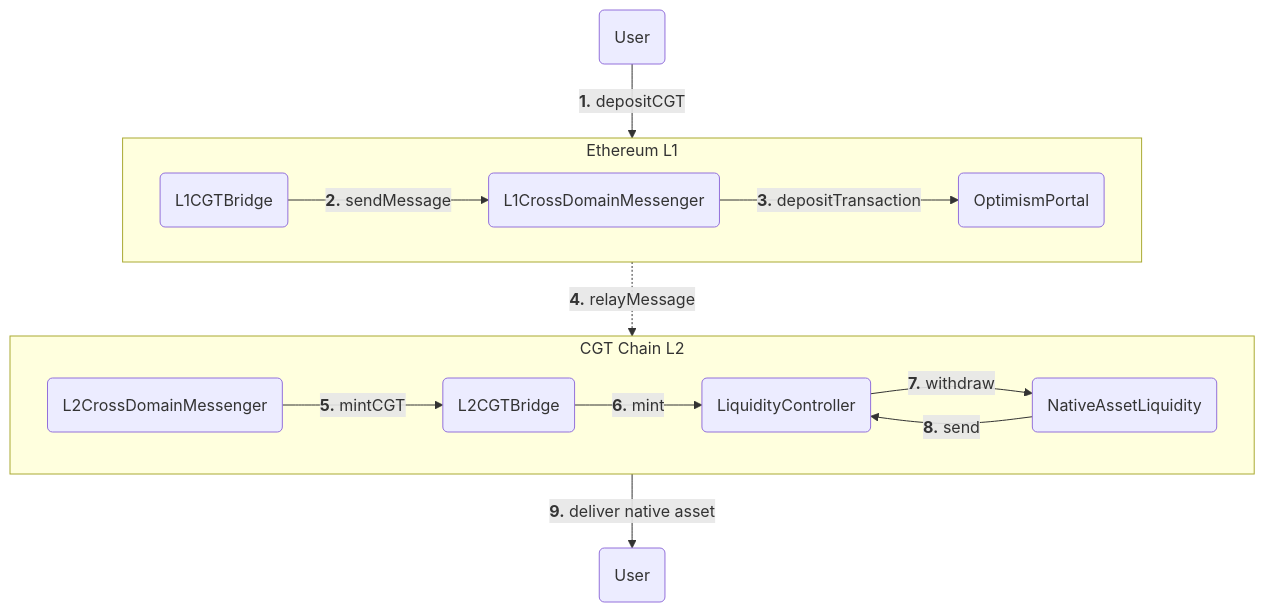
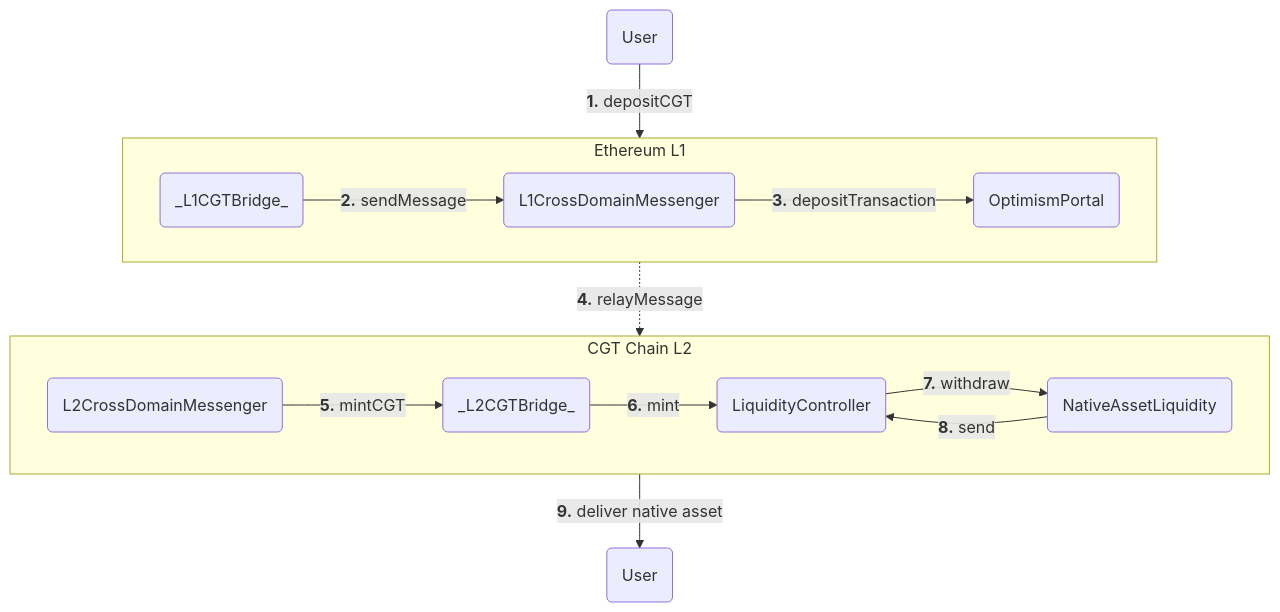
One commit to ethereum-optimism/design-docs changed the third of 3 diagrams in protocol/custom-gas-token.md. Above: the diagram before and after it, drawn with Mermaid. The commit also changed other lines of this file, not shown here.

Commit message:
docs: remove L2CGTBridge as a predeploy

````diff
--- a/protocol/custom-gas-token.md
+++ b/protocol/custom-gas-token.md
@@ -222,36 +218,36 @@
 ```mermaid
 graph TD
 
     %% -------- External actor --------
     User1(User)
     User2(User)
 
     %% -------- Ethereum L1 (horizontal flow) --------
     subgraph "Ethereum L1"
         direction LR
-        L1Bridge(L1CGTBridge)
+        L1Bridge(_L1CGTBridge_)
         L1Messenger(L1CrossDomainMessenger)
         OptimismPortal(OptimismPortal)
     end
 
     %% -------- CGT Chain L2 (horizontal flow) --------
     subgraph "CGT Chain L2"
         direction LR
         L2Messenger(L2CrossDomainMessenger)
-        L2Bridge(L2CGTBridge)
+        L2Bridge(_L2CGTBridge_)
         LiquidityController(LiquidityController)
         NativeAssetLiquidity(NativeAssetLiquidity)
     end
 
     %% -------- Interactions --------
     User1 -->|<b>1.</b> depositCGT| L1Bridge
     L1Bridge -->|<b>2.</b> sendMessage| L1Messenger
     L1Messenger -->|<b>3.</b> depositTransaction| OptimismPortal
     OptimismPortal -.->|<b>4.</b> relayMessage| L2Messenger
     L2Messenger -->|<b>5.</b> mintCGT| L2Bridge
     L2Bridge -->|<b>6.</b> mint| LiquidityController
     LiquidityController -->|<b>7.</b> withdraw| NativeAssetLiquidity
     NativeAssetLiquidity -->|<b>8.</b> send| LiquidityController
     LiquidityController -->|<b>9.</b> deliver native asset| User2
 
 ```
````
